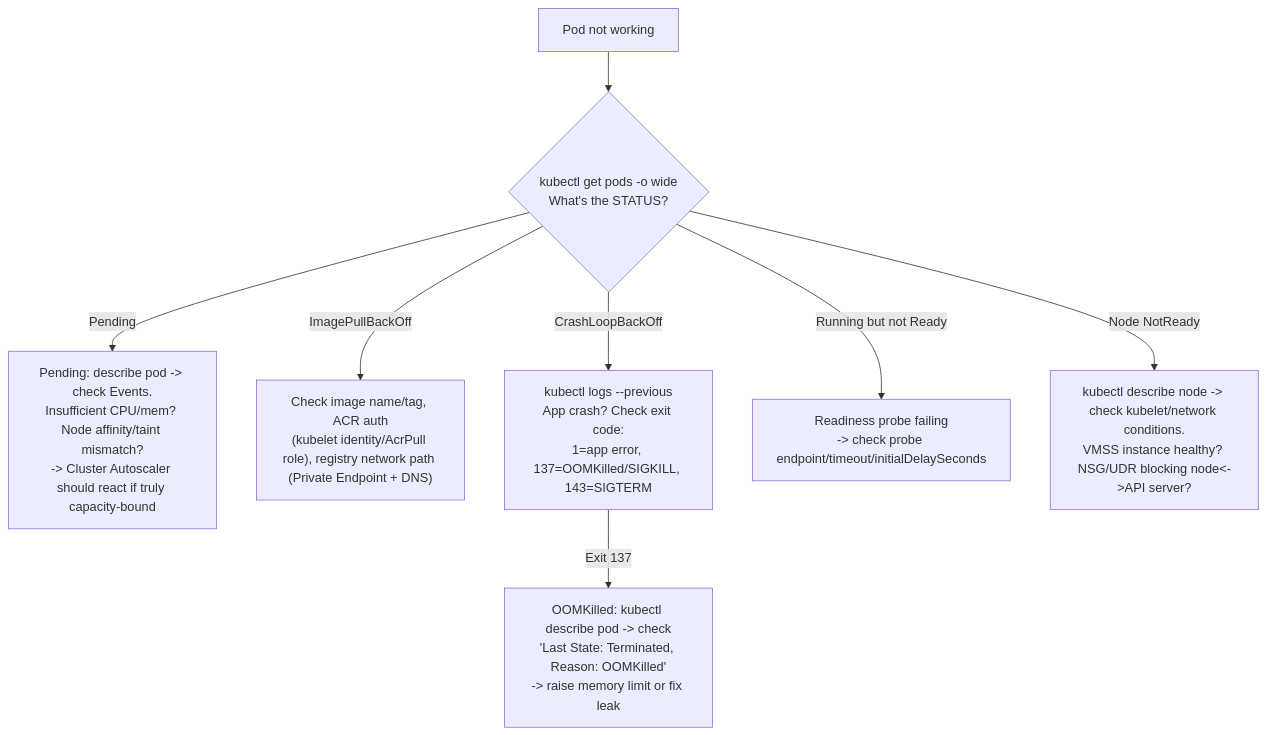
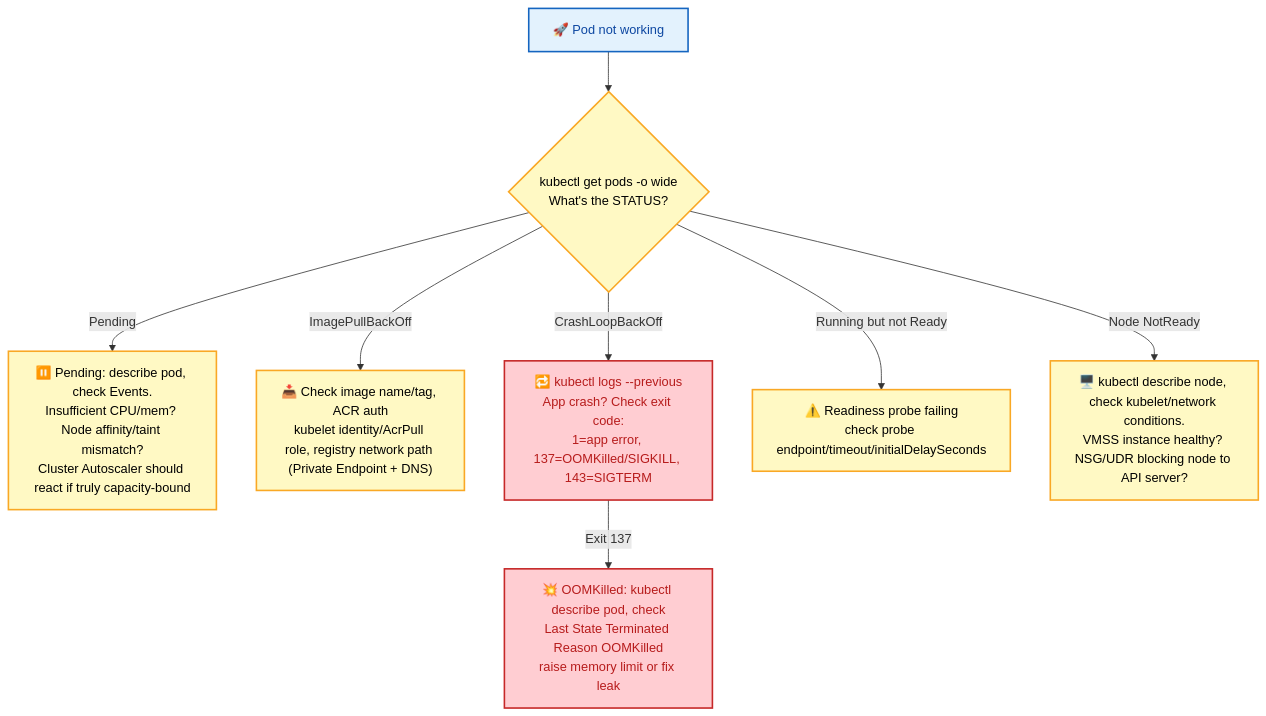
Before and after one commit to rakesh-budde/devops-guide: the seventh of 7 diagrams in azure/06-AKS-DEEP-DIVE.md, drawn with Mermaid. The commit also changed other lines of this file and 73 other files, not shown here.

````diff
--- a/azure/06-AKS-DEEP-DIVE.md
+++ b/azure/06-AKS-DEEP-DIVE.md
@@ -117,10 +249,18 @@
 ```mermaid
 graph TD
-    Start["Pod not working"] --> Q1{"kubectl get pods -o wide<br/>What's the STATUS?"}
-    Q1 -->|Pending| Pending["Pending: describe pod -> check Events.<br/>Insufficient CPU/mem? Node affinity/taint mismatch?<br/>-> Cluster Autoscaler should react if truly capacity-bound"]
-    Q1 -->|ImagePullBackOff| ImgPull["Check image name/tag, ACR auth<br/>(kubelet identity/AcrPull role), registry network path (Private Endpoint + DNS)"]
-    Q1 -->|CrashLoopBackOff| Crash["kubectl logs --previous<br/>App crash? Check exit code:<br/>1=app error, 137=OOMKilled/SIGKILL, 143=SIGTERM"]
-    Q1 -->|Running but not Ready| NotReady["Readiness probe failing<br/>-> check probe endpoint/timeout/initialDelaySeconds"]
-    Crash -->|"Exit 137"| OOM["OOMKilled: kubectl describe pod -> check<br/>'Last State: Terminated, Reason: OOMKilled'<br/>-> raise memory limit or fix leak"]
-    Q1 -->|"Node NotReady"| NodeIssue["kubectl describe node -> check kubelet/network conditions.<br/>VMSS instance healthy? NSG/UDR blocking node<->API server?"]
+    Start["🚀 Pod not working"] --> Q1{"kubectl get pods -o wide<br/>What's the STATUS?"}
+    Q1 -->|"Pending"| Pending["⏸️ Pending: describe pod, check Events.<br/>Insufficient CPU/mem? Node affinity/taint mismatch?<br/>Cluster Autoscaler should react if truly capacity-bound"]
+    Q1 -->|"ImagePullBackOff"| ImgPull["📥 Check image name/tag, ACR auth<br/>kubelet identity/AcrPull role, registry network path (Private Endpoint + DNS)"]
+    Q1 -->|"CrashLoopBackOff"| Crash["🔁 kubectl logs --previous<br/>App crash? Check exit code:<br/>1=app error, 137=OOMKilled/SIGKILL, 143=SIGTERM"]
+    Q1 -->|"Running but not Ready"| NotReady["⚠️ Readiness probe failing<br/>check probe endpoint/timeout/initialDelaySeconds"]
+    Crash -->|"Exit 137"| OOM["💥 OOMKilled: kubectl describe pod, check<br/>Last State Terminated Reason OOMKilled<br/>raise memory limit or fix leak"]
+    Q1 -->|"Node NotReady"| NodeIssue["🖥️ kubectl describe node, check kubelet/network conditions.<br/>VMSS instance healthy? NSG/UDR blocking node to API server?"]
+
+    classDef start fill:#e3f2fd,stroke:#1565c0,color:#0d47a1,stroke-width:2px;
+    classDef proc fill:#fff9c4,stroke:#f9a825,color:#000,stroke-width:2px;
+    classDef bad fill:#ffcdd2,stroke:#c62828,color:#b71c1c,stroke-width:2px;
+    class Start start;
+    class Q1 proc;
+    class Pending,ImgPull,NotReady,NodeIssue proc;
+    class Crash,OOM bad;
 ```
````
